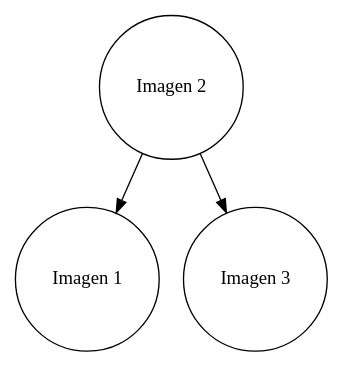
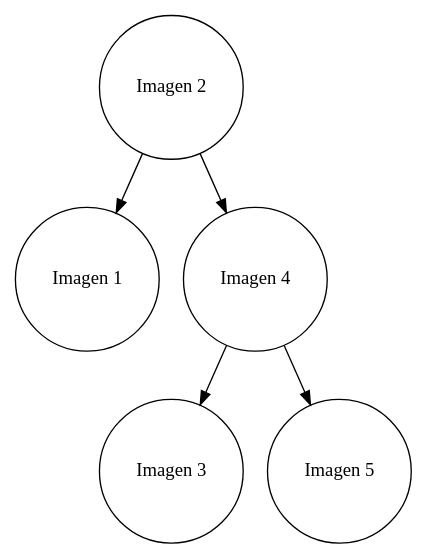
The diagram in Fase 2/fase2_EDD/Clientes/Cliente_1/Imagenes/Arbol_AVL_Imagenes/Arbol_AVL_Imagenes.dot (diegomazariegos2002/EDD_UDRAWING_FASE_202003975), drawn with Graphviz before and after one commit. The commit also changed 83 other files, not shown here.

```diff
--- a/Fase 2/fase2_EDD/Clientes/Cliente_1/Imagenes/Arbol_AVL_Imagenes/Arbol_AVL_Imagenes.dot
+++ b/Fase 2/fase2_EDD/Clientes/Cliente_1/Imagenes/Arbol_AVL_Imagenes/Arbol_AVL_Imagenes.dot
@@ -1,13 +1,21 @@
 digraph binaryTree { 
 node[shape = circle]; 
 
-Nodo1791761491[label = "Imagen 2"];
+Nodo1242998751[label = "Imagen 2"];
 
-Nodo1791761491 -> Nodo1018301934; 
+Nodo1242998751 -> Nodo2057093116; 
 
-Nodo1791761491 -> Nodo1061190485; 
+Nodo1242998751 -> Nodo312273150; 
 
-Nodo1018301934[label = "Imagen 1"];
+Nodo2057093116[label = "Imagen 1"];
 
-Nodo1061190485[label = "Imagen 3"];
+Nodo312273150[label = "Imagen 4"];
+
+Nodo312273150 -> Nodo2125599804; 
+
+Nodo312273150 -> Nodo31816810; 
+
+Nodo2125599804[label = "Imagen 3"];
+
+Nodo31816810[label = "Imagen 5"];
 }
```
